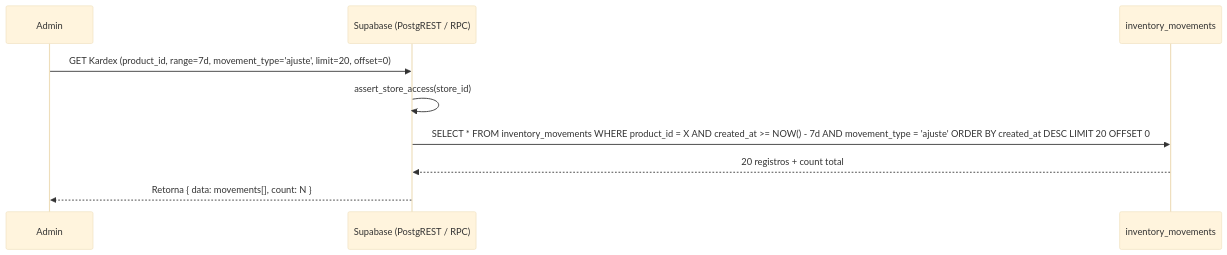
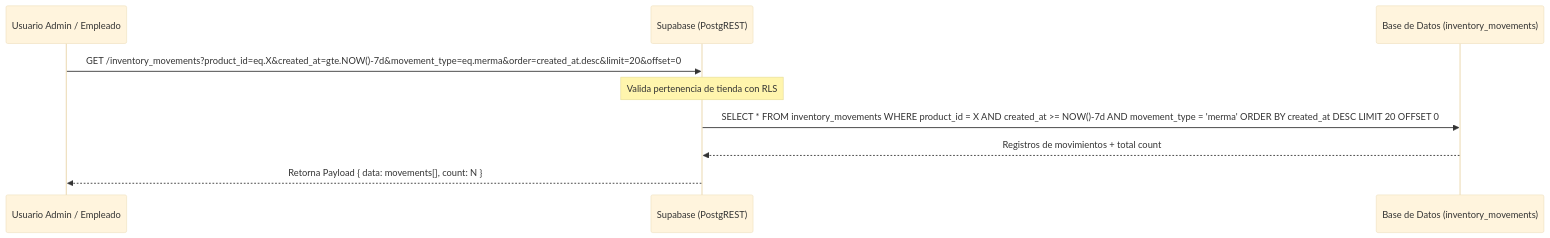
Before and after one commit to YamirJCF/tienda-barrio-pro: the second of 5 diagrams in documentation/01_requirements/SDD/SDD_006_NUCLEO_INVENTARIO_PADRE.md, drawn with Mermaid (base theme). The commit also changed other lines of this file, not shown here.

Commit message:
docs(sdd): rectificar y sanitizar SDD-006 bajo protocolo PAC-SDD estricto con certificacion QA

````diff
--- a/documentation/01_requirements/SDD/SDD_006_NUCLEO_INVENTARIO_PADRE.md
+++ b/documentation/01_requirements/SDD/SDD_006_NUCLEO_INVENTARIO_PADRE.md
@@ -66,12 +91,12 @@
 ```mermaid
 sequenceDiagram
-    participant Admin
-    participant API as Supabase (PostgREST / RPC)
-    participant DB as inventory_movements
+    participant Admin as Usuario Admin / Empleado
+    participant API as Supabase (PostgREST)
+    participant DB as Base de Datos (inventory_movements)
 
-    Admin->>API: GET Kardex (product_id, range=7d, movement_type='ajuste', limit=20, offset=0)
-    API->>API: assert_store_access(store_id)
-    API->>DB: SELECT * FROM inventory_movements WHERE product_id = X AND created_at >= NOW() - 7d AND movement_type = 'ajuste' ORDER BY created_at DESC LIMIT 20 OFFSET 0
-    DB-->>API: 20 registros + count total
-    API-->>Admin: Retorna { data: movements[], count: N }
+    Admin->>API: GET /inventory_movements?product_id=eq.X&created_at=gte.NOW()-7d&movement_type=eq.merma&order=created_at.desc&limit=20&offset=0
+    Note over API: Valida pertenencia de tienda con RLS
+    API->>DB: SELECT * FROM inventory_movements WHERE product_id = X AND created_at >= NOW()-7d AND movement_type = 'merma' ORDER BY created_at DESC LIMIT 20 OFFSET 0
+    DB-->>API: Registros de movimientos + total count
+    API-->>Admin: Retorna Payload { data: movements[], count: N }
 ```
````
